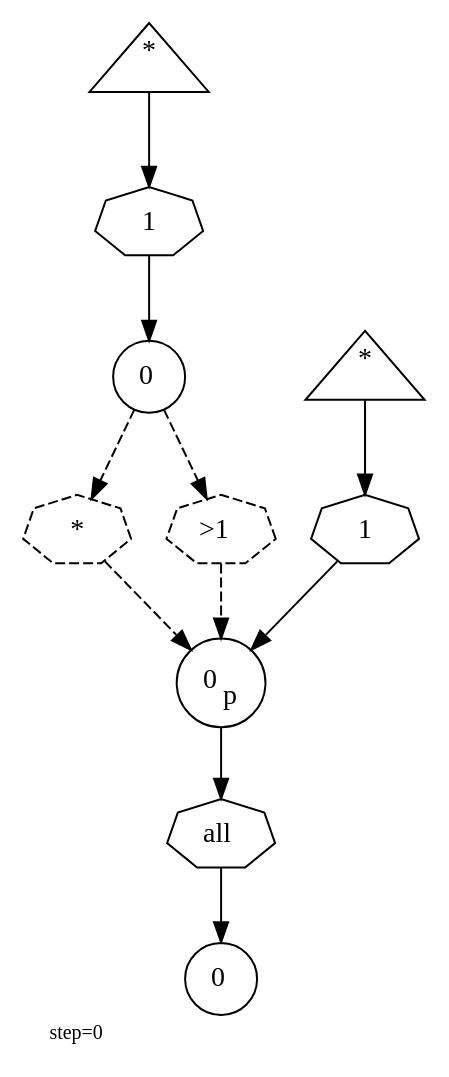
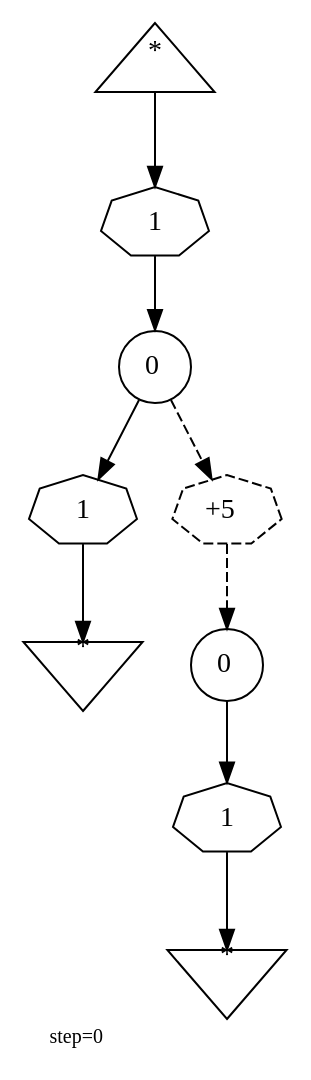
One commit to abarbu/machinations changed the diagram in ours/101-connections/0017.dot. Above: the diagram before and after it, drawn with Graphviz. The commit also changed 200 other files, not shown here.

```diff
--- a/ours/101-connections/0017.dot
+++ b/ours/101-connections/0017.dot
@@ -1,23 +1,20 @@
 digraph {
   graph  [labelloc=bottom,labeljust=left,fontsize="10",label="step=0"];
-  "5037" [shape=triangle,peripheries="1",label=<<SUP>*</SUP>>,labelfontcolor=black,color=black];
-  "5038" [shape=circle,peripheries="1",label=<0>,labelfontcolor=black,color=black];
-  "5040" [shape=triangle,peripheries="1",label=<<SUP>*</SUP>>,labelfontcolor=black,color=black];
-  "5041" [shape=circle,peripheries="1",label=<0<SUB>p</SUB>>,labelfontcolor=black,color=black];
-  "5042" [shape=circle,peripheries="1",label=<0>,labelfontcolor=black,color=black];
-  "5039" [label=<1>,peripheries="1",color=black,shape=septagon];
-  "5037" -> "5039" [color=black];
-  "5039" -> "5038" [color=black];
-  "5043" [label=<1>,peripheries="1",color=black,shape=septagon];
-  "5040" -> "5043" [color=black];
-  "5043" -> "5041" [color=black];
-  "5044" [label=<all>,peripheries="1",color=black,shape=septagon];
-  "5041" -> "5044" [color=black];
-  "5044" -> "5042" [color=black];
-  "5045" [label=<*>,peripheries="1",color=black,style=dashed,shape=septagon];
-  "5038" -> "5045" [style=dashed,color=black];
-  "5045" -> "5041" [style=dashed,color=black];
-  "5046" [label=<&gt;1>,peripheries="1",color=black,style=dashed,shape=septagon];
-  "5038" -> "5046" [style=dashed,color=black];
-  "5046" -> "5041" [style=dashed,color=black];
+  "130" [shape=triangle,peripheries="1",label=<<SUP>*</SUP>>,labelfontcolor=black,color=black];
+  "131" [shape=circle,peripheries="1",label=<0>,labelfontcolor=black,color=black];
+  "132" [shape=circle,peripheries="1",label=<0>,labelfontcolor=black,color=black];
+  "133" [shape=invtriangle,peripheries="1",label=<<SUP>*</SUP>>,labelfontcolor=black,color=black];
+  "144" [shape=invtriangle,peripheries="1",label=<<SUP>*</SUP>>,labelfontcolor=black,color=black];
+  "403" [label=<1>,peripheries="1",color=black,shape=septagon];
+  "130" -> "403" [color=black];
+  "403" -> "131" [color=black];
+  "405" [label=<1>,peripheries="1",color=black,shape=septagon];
+  "131" -> "405" [color=black];
+  "405" -> "144" [color=black];
+  "406" [label=<1>,peripheries="1",color=black,shape=septagon];
+  "132" -> "406" [color=black];
+  "406" -> "133" [color=black];
+  "404" [label=<+5>,peripheries="1",color=black,style=dashed,shape=septagon];
+  "131" -> "404" [style=dashed,color=black];
+  "404" -> "132" [style=dashed,color=black];
 }
```
